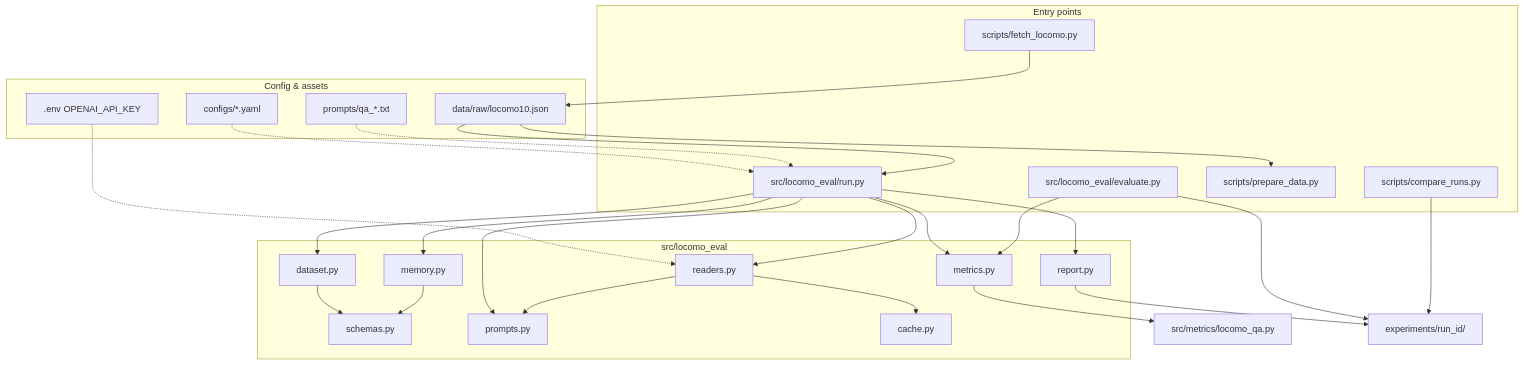
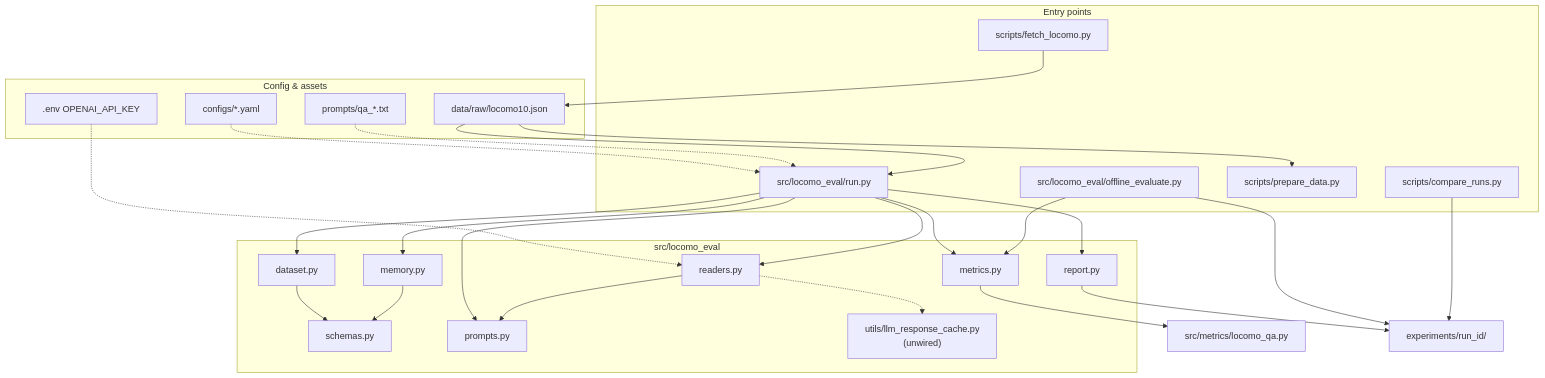
The first of 4 diagrams in README.md (park-jsdev/long-term-memory-eval), drawn with Mermaid before and after one commit. The commit also changed other lines of this file and 28 other files, not shown here.

Commit message:
refactored cache, sanity tests, offline evaluation script, experiment runner, added regression tests

````diff
--- a/README.md
+++ b/README.md
@@ -15,54 +15,54 @@
 ```mermaid
 flowchart TB
   subgraph Config["Config & assets"]
     YAML["configs/*.yaml"]
     PROMPT["prompts/qa_*.txt"]
     ENV[".env OPENAI_API_KEY"]
     DATA["data/raw/locomo10.json"]
   end
 
   subgraph CLI["Entry points"]
     RUN["src/locomo_eval/run.py"]
-    EVAL["src/locomo_eval/evaluate.py"]
+    EVAL["src/locomo_eval/offline_evaluate.py"]
     PREP["scripts/prepare_data.py"]
     CMP["scripts/compare_runs.py"]
     FETCH["scripts/fetch_locomo.py"]
   end
 
   subgraph Core["src/locomo_eval"]
     DS["dataset.py"]
     SCH["schemas.py"]
     MEM["memory.py"]
     PR["prompts.py"]
     RD["readers.py"]
-    CACHE["cache.py"]
+    CACHE["utils/llm_response_cache.py\n(unwired)"]
     MET["metrics.py"]
     REP["report.py"]
   end
 
   LOCOMO["src/metrics/locomo_qa.py"]
   OUT["experiments/run_id/"]
 
   FETCH --> DATA
   YAML -.-> RUN
   PROMPT -.-> RUN
   ENV -.-> RD
   DATA --> RUN
   DATA --> PREP
 
   RUN --> DS
   RUN --> MEM
   RUN --> PR
   RUN --> RD
   RUN --> MET
   RUN --> REP
   DS --> SCH
   MEM --> SCH
-  RD --> CACHE
+  RD -.-> CACHE
   RD --> PR
   MET --> LOCOMO
   REP --> OUT
   EVAL --> MET
   EVAL --> OUT
   CMP --> OUT
 ```
````
